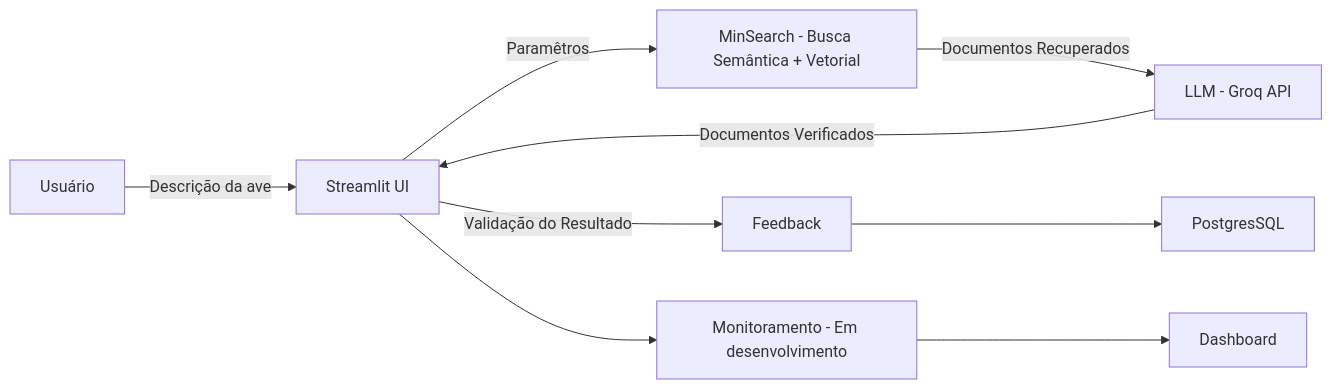
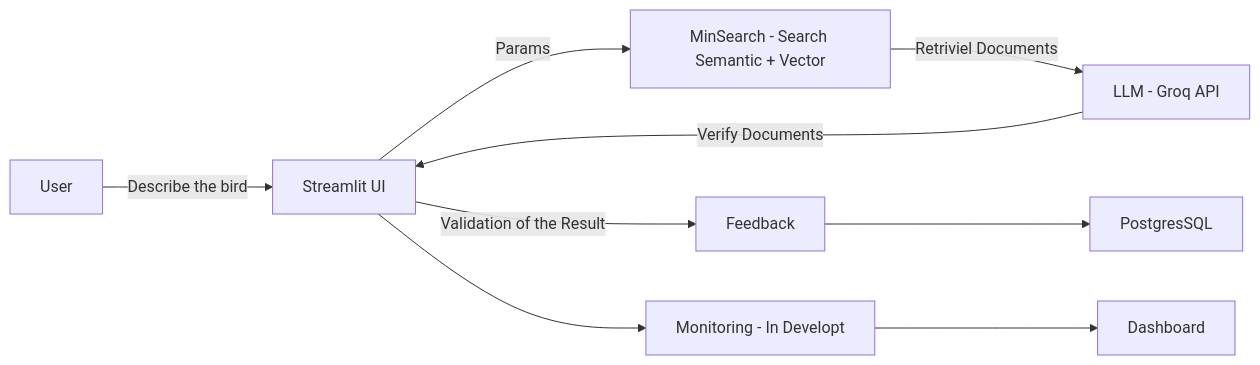
Before and after one commit to rafaelladuarte/avesrag-assistant: the diagram in README_ENG.md, drawn with Mermaid. The commit also changed other lines of this file and 4 other files, not shown here.

````diff
--- a/README_ENG.md
+++ b/README_ENG.md
@@ -93,12 +46,12 @@
 ```mermaid
 flowchart LR
-    A[Usuário] -->|Descrição da ave| B[Streamlit UI]
-    B --> | Paramêtros | D[MinSearch - Busca Semântica + Vetorial]
-    D --> | Documentos Recuperados | E[LLM - Groq API]
-    E --> | Documentos Verificados | B
-    B --> | Validação do Resultado | F[Feedback]
+    A[User] -->|Describe the bird| B[Streamlit UI]
+    B --> | Params | D[MinSearch - Search Semantic + Vector]
+    D --> | Retriviel Documents | E[LLM - Groq API]
+    E --> | Verify Documents | B
+    B --> | Validation of the Result | F[Feedback]
     F --> H[PostgresSQL]
-    B --> G[Monitoramento - Em desenvolvimento]
+    B --> G[Monitoring - In Developt]
     G --> I[Dashboard]
   
 ```
````
